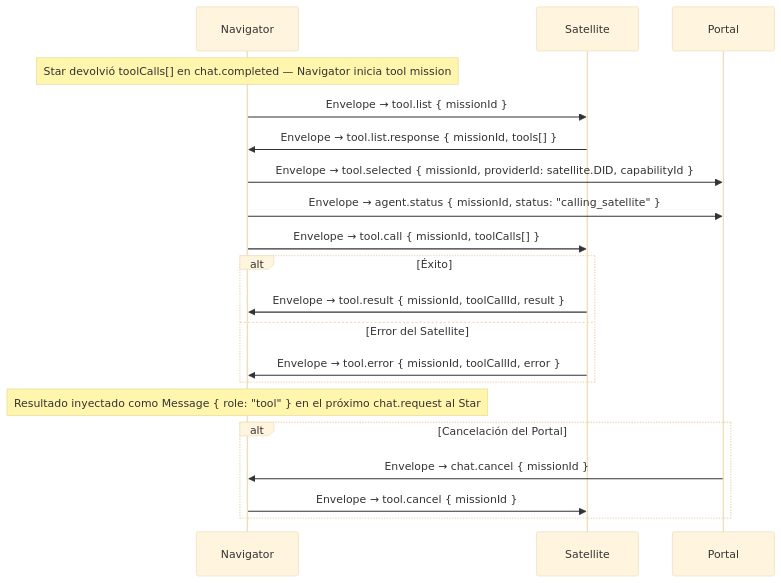
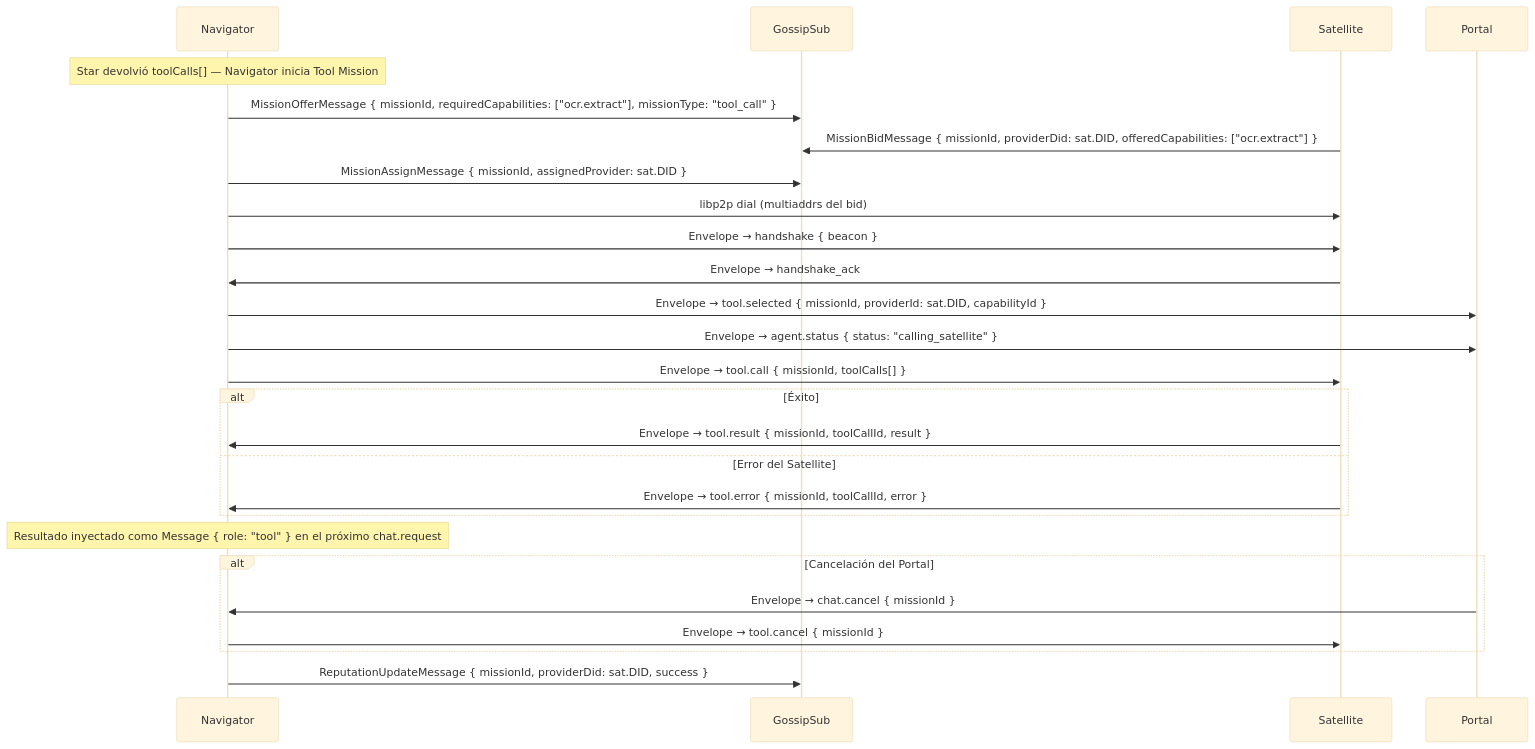
One commit to rafex/galaxIA changed the third of 5 diagrams in idl/flows.md. Above: the diagram before and after it, drawn with Mermaid (base theme). The commit also changed other lines of this file and 3 other files, not shown here.

````diff
--- a/idl/flows.md
+++ b/idl/flows.md
@@ -78,29 +91,37 @@
 ```mermaid
 sequenceDiagram
   participant N as Navigator
-  participant S as Satellite
+  participant G as GossipSub
+  participant SAT as Satellite
   participant Po as Portal
 
-  note over N: Star devolvió toolCalls[] en chat.completed — Navigator inicia tool mission
+  note over N: Star devolvió toolCalls[] — Navigator inicia Tool Mission
 
-  N->>S: Envelope → tool.list { missionId }
-  S->>N: Envelope → tool.list.response { missionId, tools[] }
+  N->>G: MissionOfferMessage { missionId, requiredCapabilities: ["ocr.extract"], missionType: "tool_call" }
+  SAT->>G: MissionBidMessage { missionId, providerDid: sat.DID, offeredCapabilities: ["ocr.extract"] }
+  N->>G: MissionAssignMessage { missionId, assignedProvider: sat.DID }
 
-  N->>Po: Envelope → tool.selected { missionId, providerId: satellite.DID, capabilityId }
-  N->>Po: Envelope → agent.status { missionId, status: "calling_satellite" }
+  N->>SAT: libp2p dial (multiaddrs del bid)
+  N->>SAT: Envelope → handshake { beacon }
+  SAT->>N: Envelope → handshake_ack
 
-  N->>S: Envelope → tool.call { missionId, toolCalls[] }
+  N->>Po: Envelope → tool.selected { missionId, providerId: sat.DID, capabilityId }
+  N->>Po: Envelope → agent.status { status: "calling_satellite" }
+
+  N->>SAT: Envelope → tool.call { missionId, toolCalls[] }
 
   alt Éxito
-    S->>N: Envelope → tool.result { missionId, toolCallId, result }
+    SAT->>N: Envelope → tool.result { missionId, toolCallId, result }
   else Error del Satellite
-    S->>N: Envelope → tool.error { missionId, toolCallId, error }
+    SAT->>N: Envelope → tool.error { missionId, toolCallId, error }
   end
 
-  note over N: Resultado inyectado como Message { role: "tool" } en el próximo chat.request al Star
+  note over N: Resultado inyectado como Message { role: "tool" } en el próximo chat.request
 
   alt Cancelación del Portal
     Po->>N: Envelope → chat.cancel { missionId }
-    N->>S: Envelope → tool.cancel { missionId }
+    N->>SAT: Envelope → tool.cancel { missionId }
   end
+
+  N->>G: ReputationUpdateMessage { missionId, providerDid: sat.DID, success }
 ```
````
